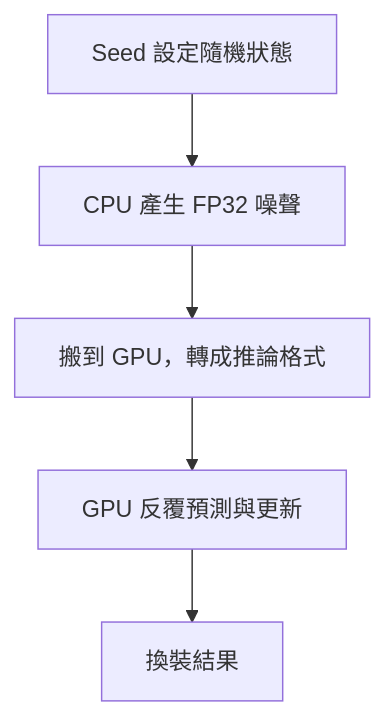
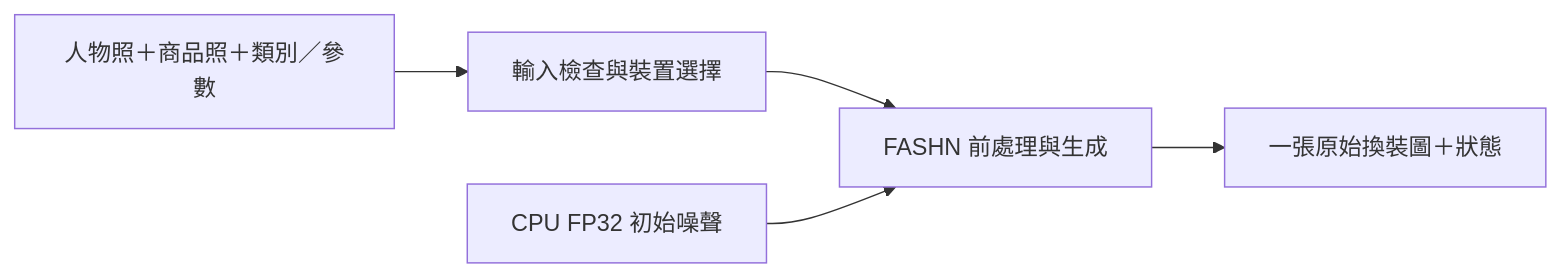
The diagram in README.md (KarlSideProjects/fashn-vton-gradio), drawn with Mermaid before and after one commit. The commit also changed other lines of this file and 4 other files, not shown here.

````diff
--- a/README.md
+++ b/README.md
@@ -370,7 +41,7 @@
 ```mermaid
-flowchart TD
-    S["Seed 設定隨機狀態"] --> N["CPU 產生 FP32 噪聲"]
-    N --> C["搬到 GPU，轉成推論格式"]
-    C --> G["GPU 反覆預測與更新"]
-    G --> O["換裝結果"]
+flowchart LR
+    I["人物照＋商品照＋類別／參數"] --> V["輸入檢查與裝置選擇"]
+    V --> P["FASHN 前處理與生成"]
+    N["CPU FP32 初始噪聲"] --> P
+    P --> O["一張原始換裝圖＋狀態"]
 ```
````
